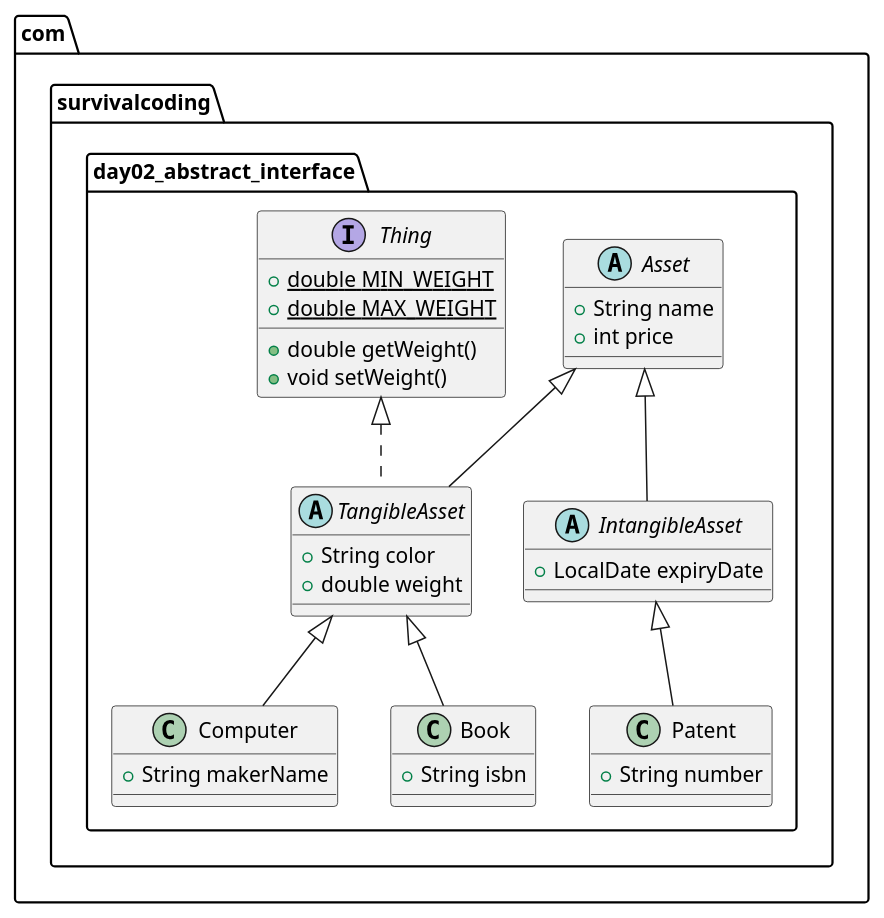
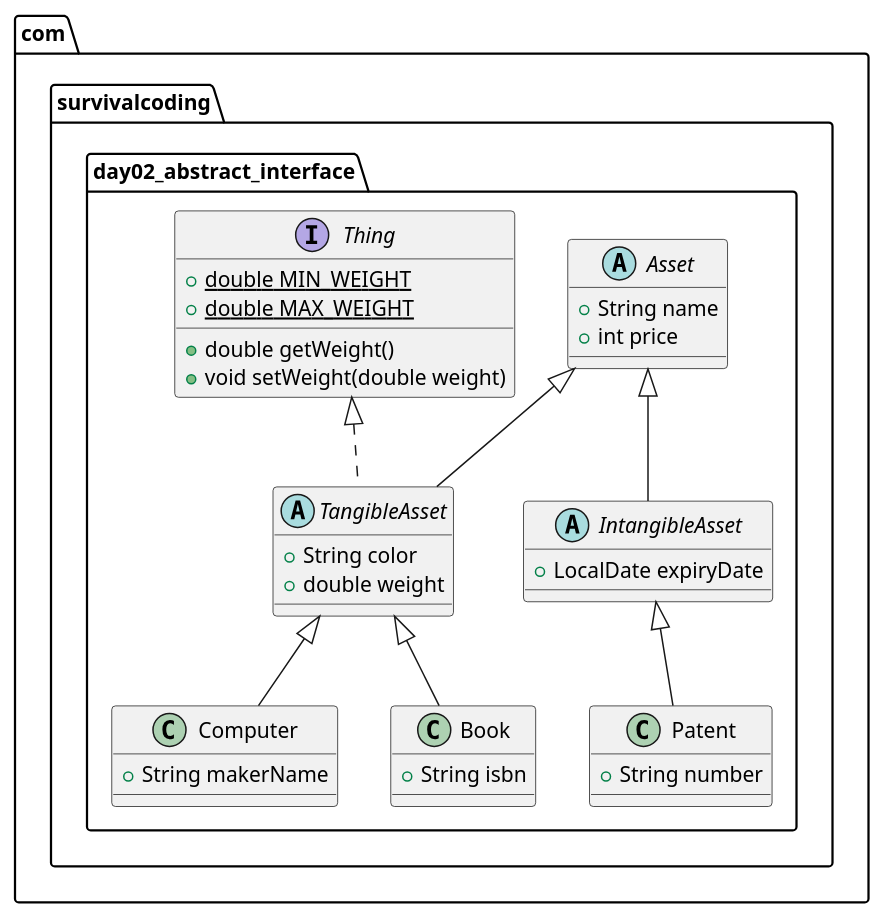
One commit to SurvivalCodingCampus/gangnam3-java-oop changed the diagram in docs/day02_abstract_interface_diagram.puml. Above: the diagram before and after it, drawn with PlantUML.

Commit message:
docs: 클래스 다이어그램 Thing 인터페이스 setWeight 매개변수 반영

```diff
--- a/docs/day02_abstract_interface_diagram.puml
+++ b/docs/day02_abstract_interface_diagram.puml
@@ -1,52 +1,52 @@
 @startuml day02_abstract_interface_diagram
 scale 1
 
 package "com.survivalcoding.day02_abstract_interface" {
 
     abstract class Asset {
         + String name
         + int price
     }
 
     abstract class TangibleAsset {
         + String color
         + double weight
     }
 
     abstract class IntangibleAsset {
         + LocalDate expiryDate
     }
 
     class Computer {
         + String makerName
     }
 
     class Book {
         + String isbn
     }
 
     class Patent {
         + String number
     }
 
     interface Thing {
         {static} + double MIN_WEIGHT
         {static} + double MAX_WEIGHT
 
         + double getWeight()
-        + void setWeight()
+        + void setWeight(double weight)
     }
 
     ' 상속 관계
     Asset <|-- TangibleAsset
     Asset <|-- IntangibleAsset
 
     Thing <|.. TangibleAsset
 
     TangibleAsset <|-- Computer
     TangibleAsset <|-- Book
 
     IntangibleAsset <|-- Patent
 }
 
 @enduml
```
